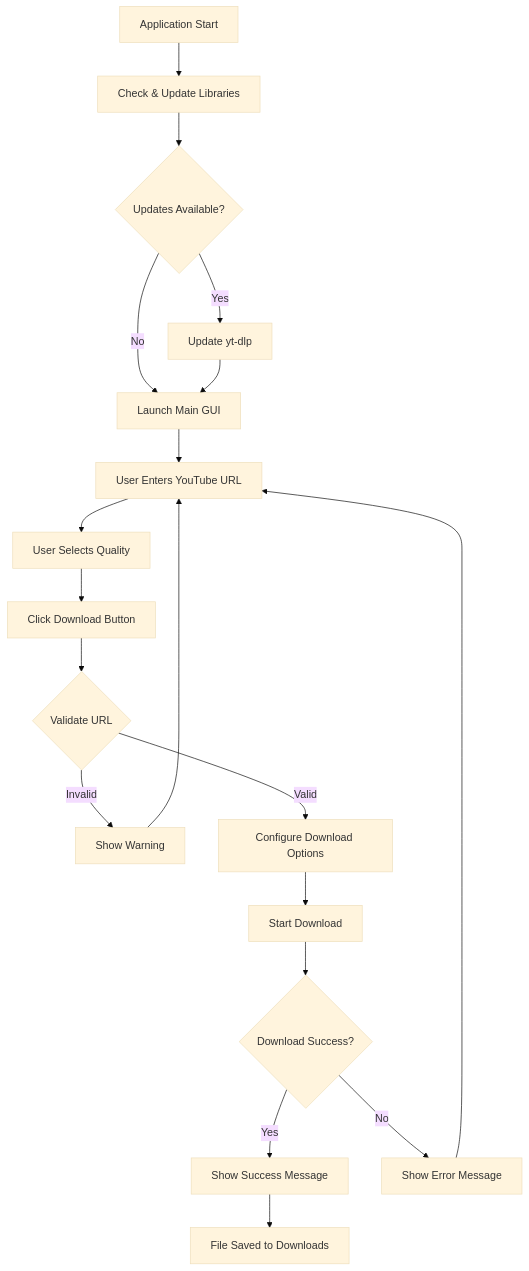
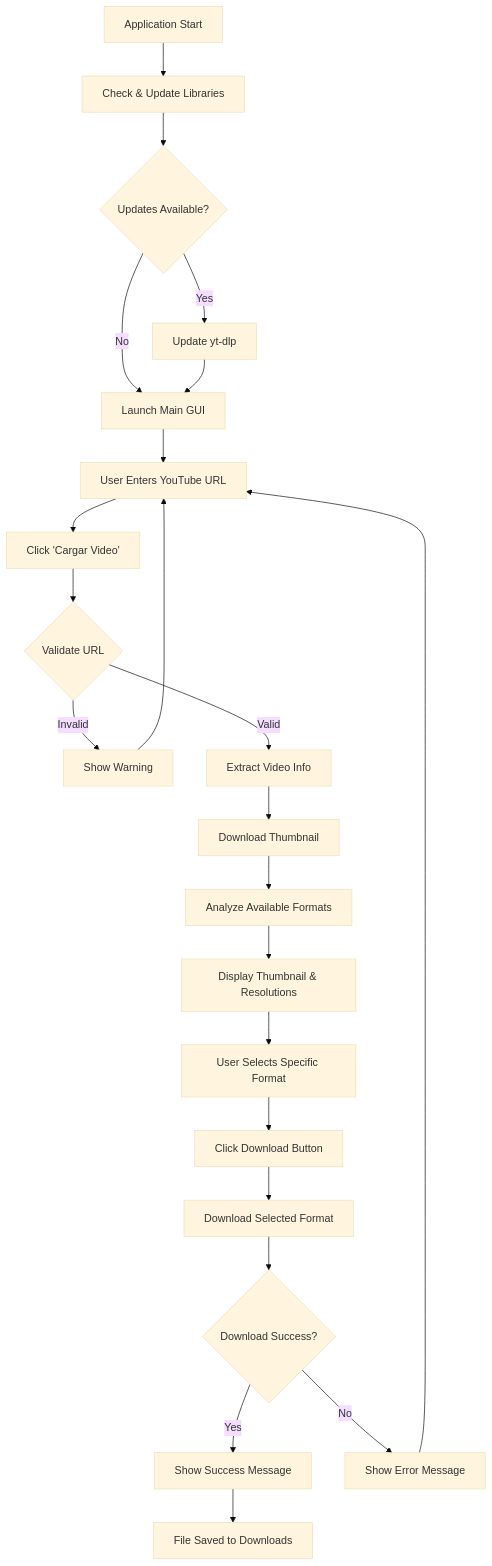
Before and after one commit to ZabaHD4K/DescargadorYT: the first of 5 diagrams in README.md, drawn with Mermaid (base theme). The commit also changed other lines of this file and 14 other files, not shown here.

````diff
--- a/README.md
+++ b/README.md
@@ -56,21 +66,25 @@
 ```mermaid
 graph TD
     A[Application Start] --> B[Check & Update Libraries]
     B --> C{Updates Available?}
     C -->|Yes| D[Update yt-dlp]
     C -->|No| E[Launch Main GUI]
     D --> E
     E --> F[User Enters YouTube URL]
-    F --> G[User Selects Quality]
-    G --> H[Click Download Button]
-    H --> I{Validate URL}
-    I -->|Invalid| J[Show Warning]
-    I -->|Valid| K[Configure Download Options]
-    K --> L[Start Download]
-    L --> M{Download Success?}
-    M -->|Yes| N[Show Success Message]
-    M -->|No| O[Show Error Message]
-    J --> F
-    N --> P[File Saved to Downloads]
-    O --> F
+    F --> G[Click 'Cargar Video']
+    G --> H{Validate URL}
+    H -->|Invalid| I[Show Warning]
+    H -->|Valid| J[Extract Video Info]
+    J --> K[Download Thumbnail]
+    K --> L[Analyze Available Formats]
+    L --> M[Display Thumbnail & Resolutions]
+    M --> N[User Selects Specific Format]
+    N --> O[Click Download Button]
+    O --> P[Download Selected Format]
+    P --> Q{Download Success?}
+    Q -->|Yes| R[Show Success Message]
+    Q -->|No| S[Show Error Message]
+    I --> F
+    R --> T[File Saved to Downloads]
+    S --> F
 ```
````
